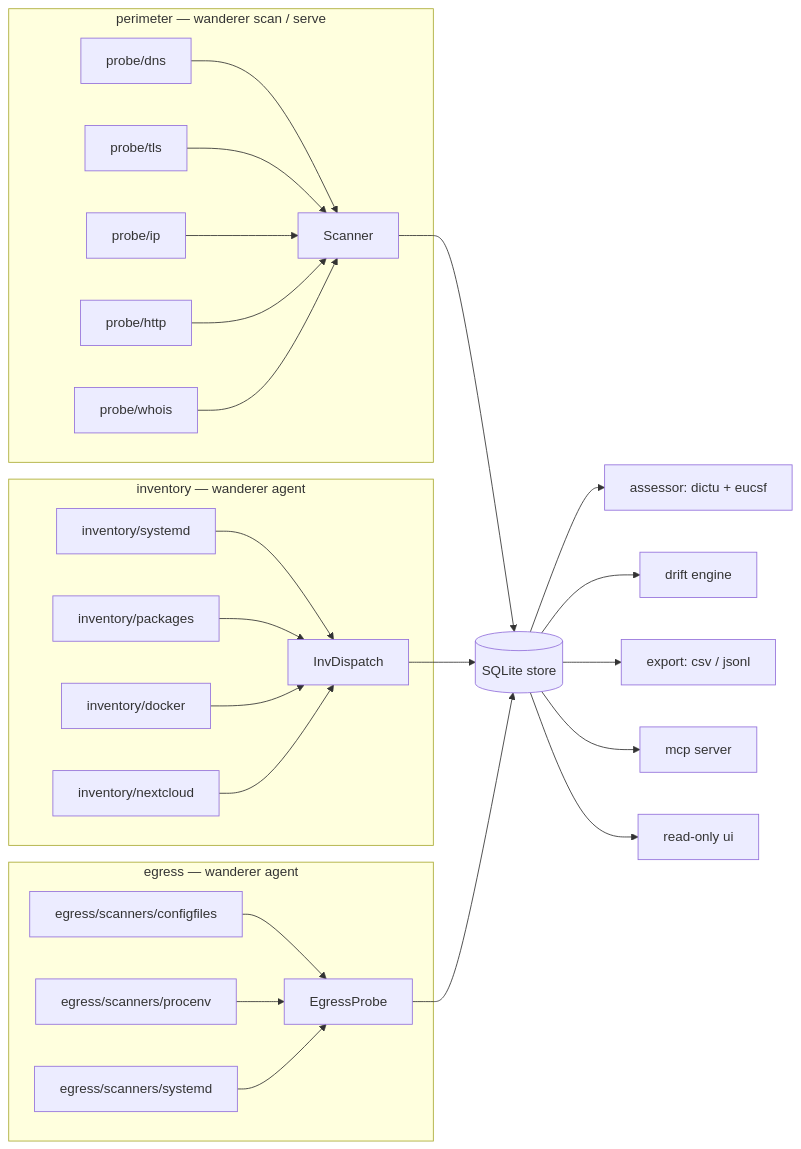
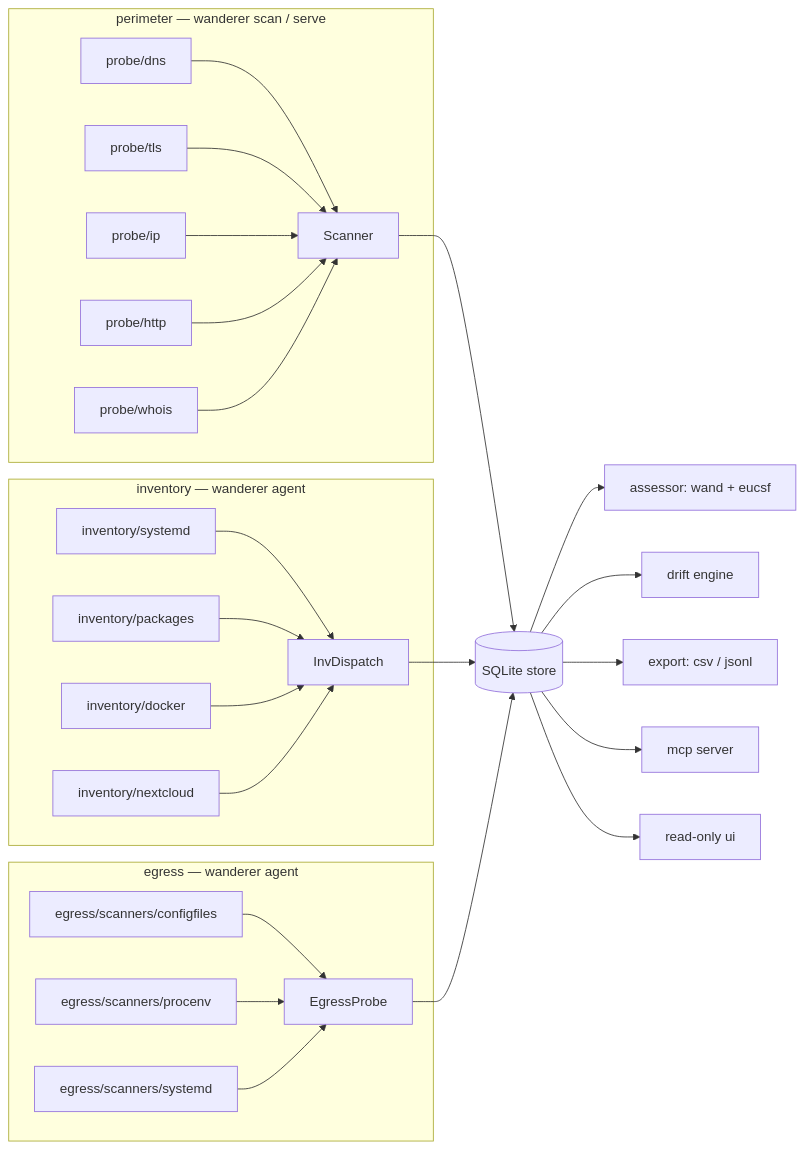
One commit to MWest2020/Wanderer changed the diagram in docs/architecture.md. Above: the diagram before and after it, drawn with Mermaid. The commit also changed other lines of this file and 35 other files, not shown here.

````diff
--- a/docs/architecture.md
+++ b/docs/architecture.md
@@ -15,29 +15,29 @@
 ```mermaid
 flowchart LR
     subgraph perimeter [perimeter — wanderer scan / serve]
         DNS[probe/dns] --> Scanner
         TLS[probe/tls] --> Scanner
         IP[probe/ip] --> Scanner
         HTTP[probe/http] --> Scanner
         WHOIS[probe/whois] --> Scanner
     end
     subgraph inventory [inventory — wanderer agent]
         Systemd[inventory/systemd] --> InvDispatch
         Packages[inventory/packages] --> InvDispatch
         Docker[inventory/docker] --> InvDispatch
         Nextcloud[inventory/nextcloud] --> InvDispatch
     end
     subgraph egress [egress — wanderer agent]
         ConfigFiles[egress/scanners/configfiles] --> EgressProbe
         ProcEnv[egress/scanners/procenv] --> EgressProbe
         SystemdUnits[egress/scanners/systemd] --> EgressProbe
     end
     Scanner --> Store[(SQLite store)]
     InvDispatch --> Store
     EgressProbe --> Store
-    Store --> Assessor[assessor: dictu + eucsf]
+    Store --> Assessor[assessor: wand + eucsf]
     Store --> Drift[drift engine]
     Store --> Export[export: csv / jsonl]
     Store --> MCP[mcp server]
     Store --> UI[read-only ui]
 ```
````
